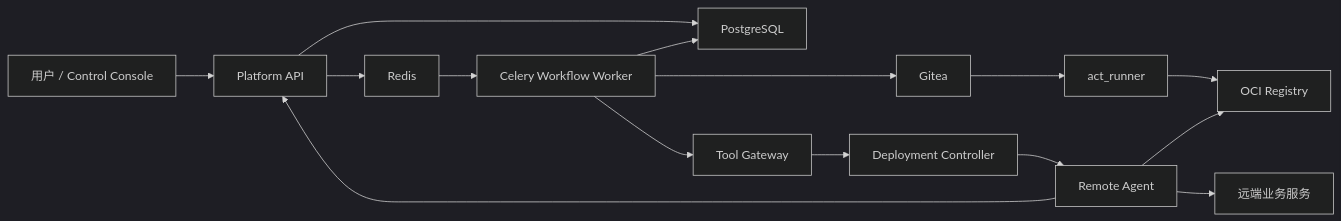
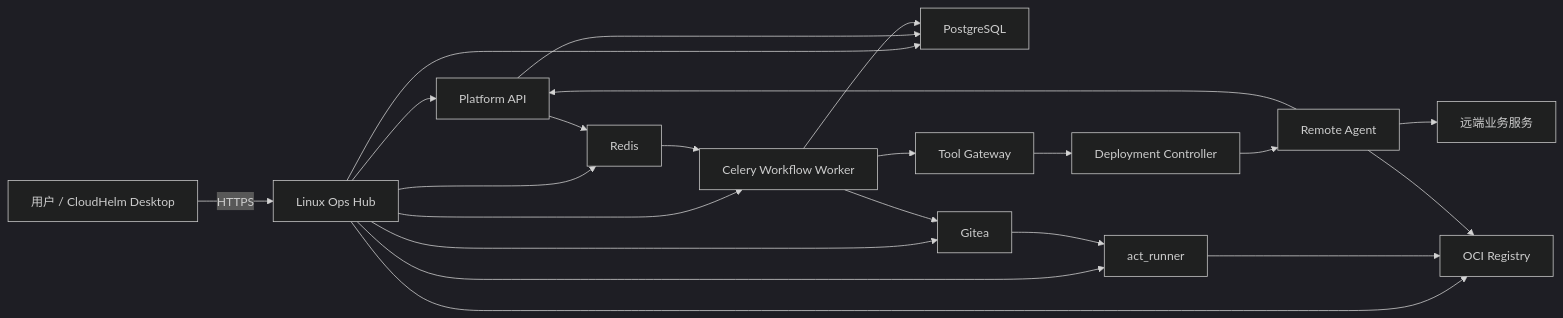
Before and after one commit to ChaceQC/CloudHelm: the diagram in docs/15-detailed-design/09-m7-ci-remote-deployment-flow.md, drawn with Mermaid (dark theme). The commit also changed other lines of this file and 74 other files, not shown here.

Commit message:
docs: 重构 Desktop Ops Hub 与用户权限规划

````diff
--- a/docs/15-detailed-design/09-m7-ci-remote-deployment-flow.md
+++ b/docs/15-detailed-design/09-m7-ci-remote-deployment-flow.md
@@ -128,30 +129,38 @@
 ```mermaid
 flowchart LR
-    User["用户 / Control Console"]
+    User["用户 / CloudHelm Desktop"]
+    OpsHub["Linux Ops Hub"]
     API["Platform API"]
     PG["PostgreSQL"]
     Redis["Redis"]
     Worker["Celery Workflow Worker"]
     Git["Gitea"]
     Runner["act_runner"]
     Registry["OCI Registry"]
     Gateway["Tool Gateway"]
     Controller["Deployment Controller"]
     Remote["Remote Agent"]
     Service["远端业务服务"]
 
-    User --> API
+    User -->|"HTTPS"| OpsHub
+    OpsHub --> API
+    OpsHub --> PG
+    OpsHub --> Redis
+    OpsHub --> Worker
+    OpsHub --> Git
+    OpsHub --> Runner
+    OpsHub --> Registry
     API --> PG
     API --> Redis
     Redis --> Worker
     Worker --> PG
     Worker --> Git
     Git --> Runner
     Runner --> Registry
     Worker --> Gateway
     Gateway --> Controller
     Controller --> Remote
     Remote --> Registry
     Remote --> Service
     Remote --> API
 ```
````
